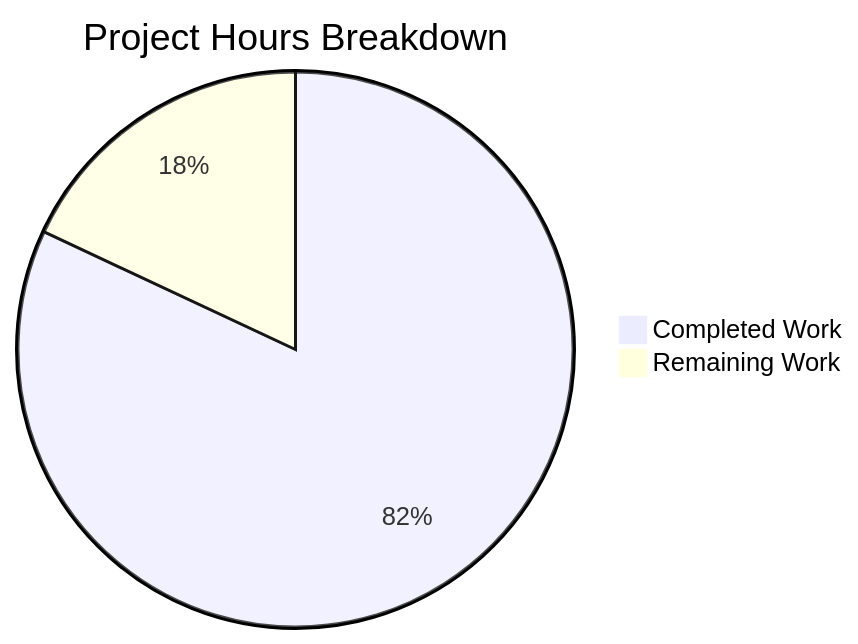
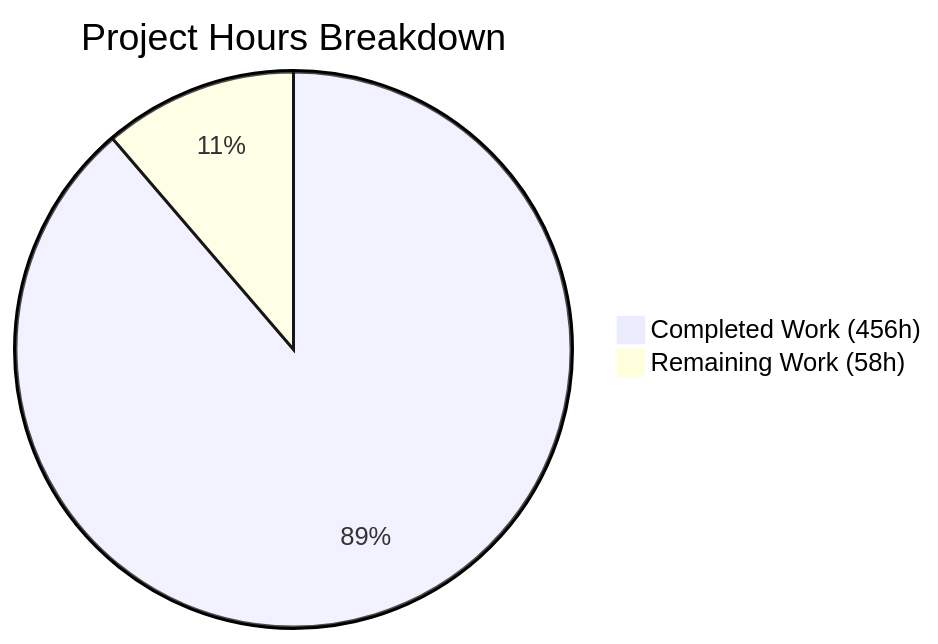
The second of 2 diagrams in blitzy/documentation/Project Guide.md (Blitzy-Sandbox/blitzy-RudderStack), drawn with Mermaid before and after one commit. The commit also changed other lines of this file, not shown here.

Commit message:
Adding Blitzy Project Guide: Project Status and Human Tasks Remaining

````diff
--- a/blitzy/documentation/Project Guide.md
+++ b/blitzy/documentation/Project Guide.md
@@ -294,5 +257,5 @@
 ```mermaid
 pie title Project Hours Breakdown
-    "Completed Work" : 300
-    "Remaining Work" : 66
+    "Completed Work (456h)" : 456
+    "Remaining Work (58h)" : 58
 ```
````
